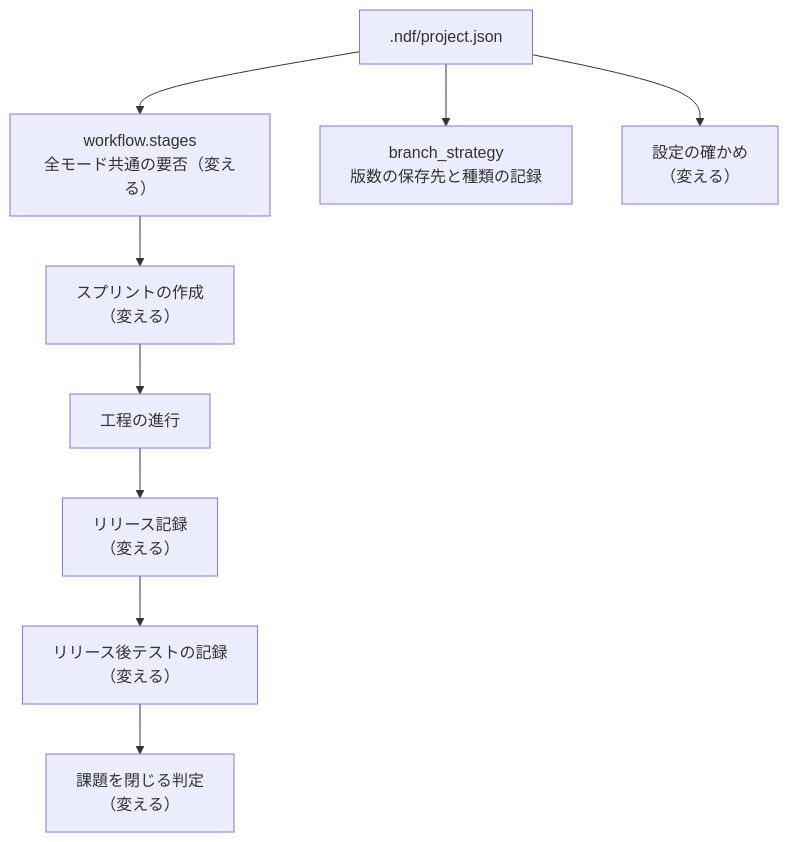
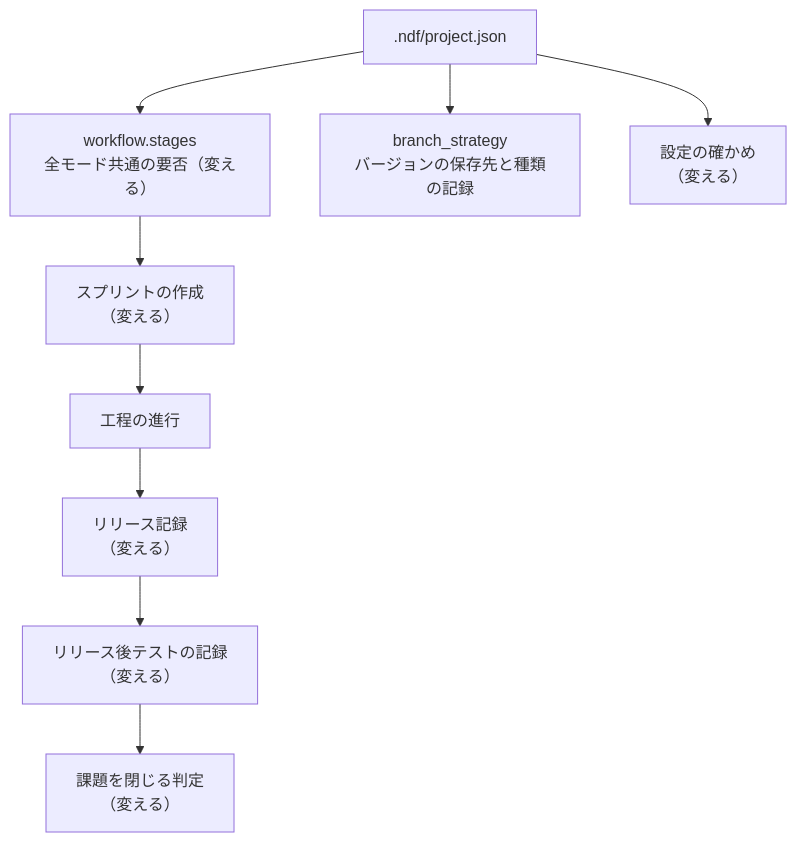
Before and after one commit to devbasex/ai-plugins: the first of 3 diagrams in issues/issue-4580-design.md, drawn with Mermaid. The commit also changed other lines of this file, not shown here.

````diff
--- a/issues/issue-4580-design.md
+++ b/issues/issue-4580-design.md
@@ -9,11 +9,11 @@
 ```mermaid
 graph TD
   conf[".ndf/project.json"] --> stages["workflow.stages<br>全モード共通の要否（変える）"]
-  conf --> strategy["branch_strategy<br>版数の保存先と種類の記録"]
+  conf --> strategy["branch_strategy<br>バージョンの保存先と種類の記録"]
   stages --> new["スプリントの作成<br>（変える）"]
   new --> run["工程の進行"]
   run --> rec["リリース記録<br>（変える）"]
   rec --> verify["リリース後テストの記録<br>（変える）"]
   verify --> close["課題を閉じる判定<br>（変える）"]
   conf --> check["設定の確かめ<br>（変える）"]
 ```
````
